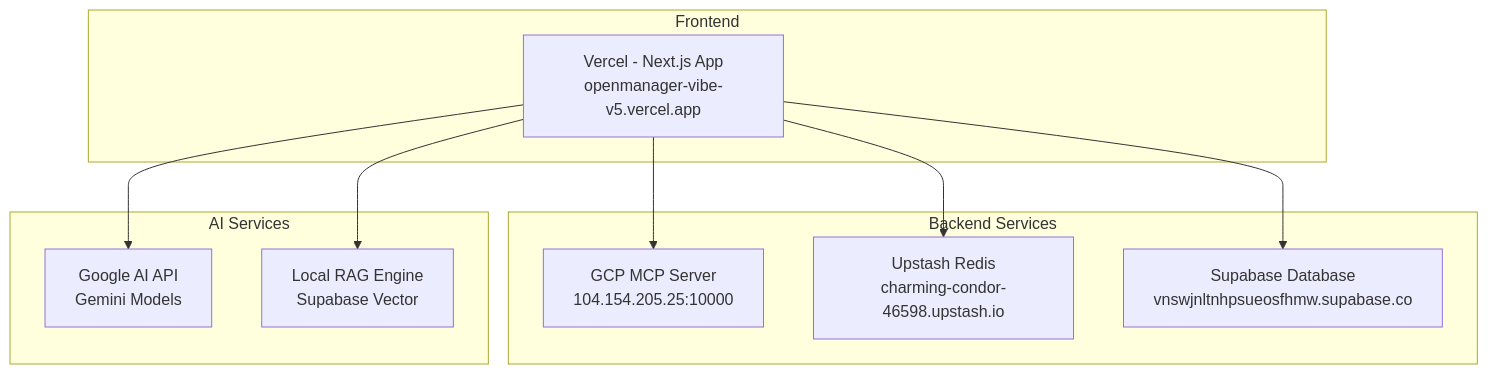
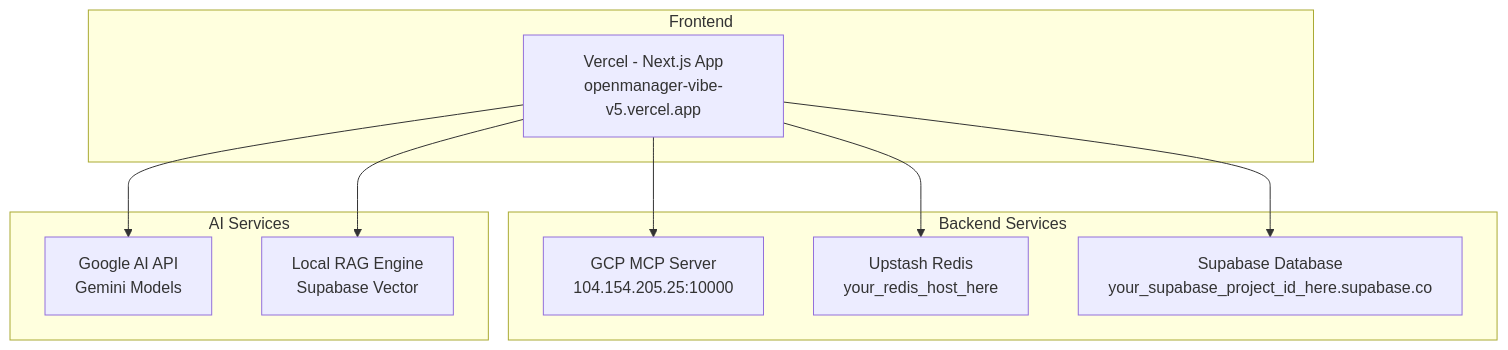
One commit to skyasu2/openmanager-vibe-v5 changed the diagram in docs/system-status-monitoring-guide.md. Above: the diagram before and after it, drawn with Mermaid. The commit also changed other lines of this file and 68 other files, not shown here.

````diff
--- a/docs/system-status-monitoring-guide.md
+++ b/docs/system-status-monitoring-guide.md
@@ -13,23 +13,23 @@
 ```mermaid
 graph TB
     subgraph "Frontend"
         A[Vercel - Next.js App<br/>openmanager-vibe-v5.vercel.app]
     end
     
     subgraph "Backend Services"
         B[GCP MCP Server<br/>104.154.205.25:10000]
-        C[Upstash Redis<br/>charming-condor-46598.upstash.io]
-        D[Supabase Database<br/>vnswjnltnhpsueosfhmw.supabase.co]
+        C[Upstash Redis<br/>your_redis_host_here]
+        D[Supabase Database<br/>your_supabase_project_id_here.supabase.co]
     end
     
     subgraph "AI Services"
         E[Google AI API<br/>Gemini Models]
         F[Local RAG Engine<br/>Supabase Vector]
     end
     
     A --> B
     A --> C
     A --> D
     A --> E
     A --> F
 ```
````
